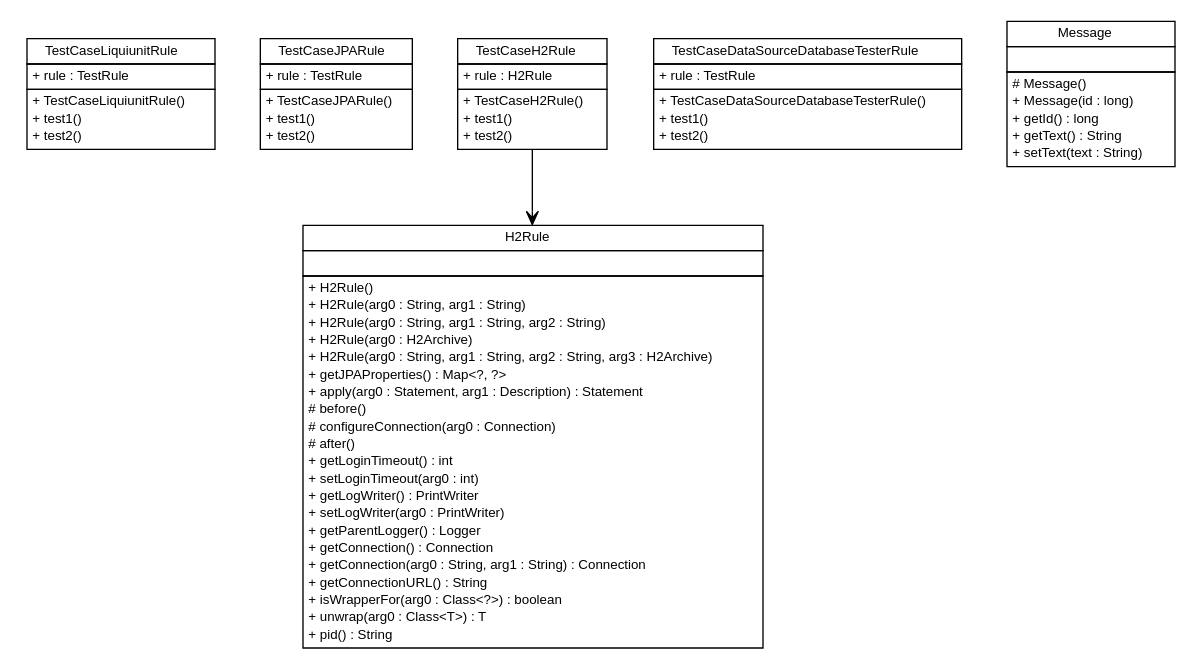
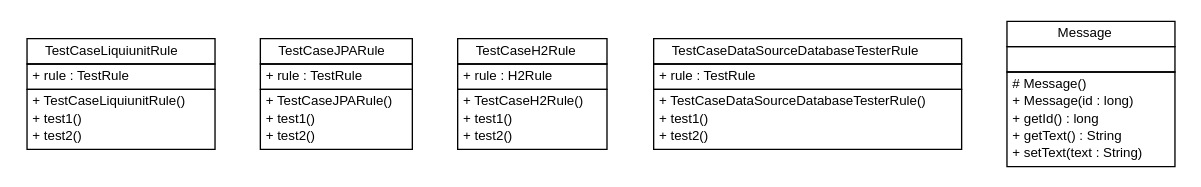
Before and after one commit to ljnelson/liquiunit: the diagram in testapidocs/com/edugility/liquiunit/com.edugility.liquiunit.dot, drawn with Graphviz. The commit also changed 74 other files, not shown here.

```diff
--- a/testapidocs/com/edugility/liquiunit/com.edugility.liquiunit.dot
+++ b/testapidocs/com/edugility/liquiunit/com.edugility.liquiunit.dot
@@ -1,118 +1,84 @@
 #!/usr/local/bin/dot
 #
 # Class diagram 
 # Generated by UMLGraph version R5_6-24-gf6e263 (http://www.umlgraph.org/)
 #
 
 digraph G {
 	edge [fontname="Helvetica",fontsize=10,labelfontname="Helvetica",labelfontsize=10];
 	node [fontname="Helvetica",fontsize=10,shape=plaintext];
 	nodesep=0.25;
 	ranksep=0.5;
 	// com.edugility.liquiunit.TestCaseLiquiunitRule
 	c0 [label=<<table title="com.edugility.liquiunit.TestCaseLiquiunitRule" border="0" cellborder="1" cellspacing="0" cellpadding="2" port="p" href="./TestCaseLiquiunitRule.html">
 		<tr><td><table border="0" cellspacing="0" cellpadding="1">
 <tr><td align="center" balign="center"> TestCaseLiquiunitRule </td></tr>
 		</table></td></tr>
 		<tr><td><table border="0" cellspacing="0" cellpadding="1">
 <tr><td align="left" balign="left"> + rule : TestRule </td></tr>
 		</table></td></tr>
 		<tr><td><table border="0" cellspacing="0" cellpadding="1">
 <tr><td align="left" balign="left"> + TestCaseLiquiunitRule() </td></tr>
 <tr><td align="left" balign="left"> + test1() </td></tr>
 <tr><td align="left" balign="left"> + test2() </td></tr>
 		</table></td></tr>
 		</table>>, URL="./TestCaseLiquiunitRule.html", fontname="Helvetica", fontcolor="black", fontsize=10.0];
 	// com.edugility.liquiunit.TestCaseJPARule
 	c1 [label=<<table title="com.edugility.liquiunit.TestCaseJPARule" border="0" cellborder="1" cellspacing="0" cellpadding="2" port="p" href="./TestCaseJPARule.html">
 		<tr><td><table border="0" cellspacing="0" cellpadding="1">
 <tr><td align="center" balign="center"> TestCaseJPARule </td></tr>
 		</table></td></tr>
 		<tr><td><table border="0" cellspacing="0" cellpadding="1">
 <tr><td align="left" balign="left"> + rule : TestRule </td></tr>
 		</table></td></tr>
 		<tr><td><table border="0" cellspacing="0" cellpadding="1">
 <tr><td align="left" balign="left"> + TestCaseJPARule() </td></tr>
 <tr><td align="left" balign="left"> + test1() </td></tr>
 <tr><td align="left" balign="left"> + test2() </td></tr>
 		</table></td></tr>
 		</table>>, URL="./TestCaseJPARule.html", fontname="Helvetica", fontcolor="black", fontsize=10.0];
 	// com.edugility.liquiunit.TestCaseH2Rule
 	c2 [label=<<table title="com.edugility.liquiunit.TestCaseH2Rule" border="0" cellborder="1" cellspacing="0" cellpadding="2" port="p" href="./TestCaseH2Rule.html">
 		<tr><td><table border="0" cellspacing="0" cellpadding="1">
 <tr><td align="center" balign="center"> TestCaseH2Rule </td></tr>
 		</table></td></tr>
 		<tr><td><table border="0" cellspacing="0" cellpadding="1">
 <tr><td align="left" balign="left"> + rule : H2Rule </td></tr>
 		</table></td></tr>
 		<tr><td><table border="0" cellspacing="0" cellpadding="1">
 <tr><td align="left" balign="left"> + TestCaseH2Rule() </td></tr>
 <tr><td align="left" balign="left"> + test1() </td></tr>
 <tr><td align="left" balign="left"> + test2() </td></tr>
 		</table></td></tr>
 		</table>>, URL="./TestCaseH2Rule.html", fontname="Helvetica", fontcolor="black", fontsize=10.0];
 	// com.edugility.liquiunit.TestCaseDataSourceDatabaseTesterRule
 	c3 [label=<<table title="com.edugility.liquiunit.TestCaseDataSourceDatabaseTesterRule" border="0" cellborder="1" cellspacing="0" cellpadding="2" port="p" href="./TestCaseDataSourceDatabaseTesterRule.html">
 		<tr><td><table border="0" cellspacing="0" cellpadding="1">
 <tr><td align="center" balign="center"> TestCaseDataSourceDatabaseTesterRule </td></tr>
 		</table></td></tr>
 		<tr><td><table border="0" cellspacing="0" cellpadding="1">
 <tr><td align="left" balign="left"> + rule : TestRule </td></tr>
 		</table></td></tr>
 		<tr><td><table border="0" cellspacing="0" cellpadding="1">
 <tr><td align="left" balign="left"> + TestCaseDataSourceDatabaseTesterRule() </td></tr>
 <tr><td align="left" balign="left"> + test1() </td></tr>
 <tr><td align="left" balign="left"> + test2() </td></tr>
 		</table></td></tr>
 		</table>>, URL="./TestCaseDataSourceDatabaseTesterRule.html", fontname="Helvetica", fontcolor="black", fontsize=10.0];
 	// com.edugility.liquiunit.Message
 	c4 [label=<<table title="com.edugility.liquiunit.Message" border="0" cellborder="1" cellspacing="0" cellpadding="2" port="p" href="./Message.html">
 		<tr><td><table border="0" cellspacing="0" cellpadding="1">
 <tr><td align="center" balign="center"> Message </td></tr>
 		</table></td></tr>
 		<tr><td><table border="0" cellspacing="0" cellpadding="1">
 <tr><td align="left" balign="left">  </td></tr>
 		</table></td></tr>
 		<tr><td><table border="0" cellspacing="0" cellpadding="1">
 <tr><td align="left" balign="left"> # Message() </td></tr>
 <tr><td align="left" balign="left"> + Message(id : long) </td></tr>
 <tr><td align="left" balign="left"> + getId() : long </td></tr>
 <tr><td align="left" balign="left"> + getText() : String </td></tr>
 <tr><td align="left" balign="left"> + setText(text : String) </td></tr>
 		</table></td></tr>
 		</table>>, URL="./Message.html", fontname="Helvetica", fontcolor="black", fontsize=10.0];
-	// com.edugility.liquiunit.TestCaseH2Rule NAVASSOC com.edugility.liquiunit.H2Rule
-	c2:p -> c5:p [taillabel="", label="", headlabel="", fontname="Helvetica", fontcolor="black", fontsize=10.0, color="black", arrowhead=open];
-	// com.edugility.liquiunit.H2Rule
-	c5 [label=<<table title="com.edugility.liquiunit.H2Rule" border="0" cellborder="1" cellspacing="0" cellpadding="2" port="p">
-		<tr><td><table border="0" cellspacing="0" cellpadding="1">
-<tr><td align="center" balign="center"> H2Rule </td></tr>
-		</table></td></tr>
-		<tr><td><table border="0" cellspacing="0" cellpadding="1">
-<tr><td align="left" balign="left">  </td></tr>
-		</table></td></tr>
-		<tr><td><table border="0" cellspacing="0" cellpadding="1">
-<tr><td align="left" balign="left"> + H2Rule() </td></tr>
-<tr><td align="left" balign="left"> + H2Rule(arg0 : String, arg1 : String) </td></tr>
-<tr><td align="left" balign="left"> + H2Rule(arg0 : String, arg1 : String, arg2 : String) </td></tr>
-<tr><td align="left" balign="left"> + H2Rule(arg0 : H2Archive) </td></tr>
-<tr><td align="left" balign="left"> + H2Rule(arg0 : String, arg1 : String, arg2 : String, arg3 : H2Archive) </td></tr>
-<tr><td align="left" balign="left"> + getJPAProperties() : Map&lt;?, ?&gt; </td></tr>
-<tr><td align="left" balign="left"> + apply(arg0 : Statement, arg1 : Description) : Statement </td></tr>
-<tr><td align="left" balign="left"> # before() </td></tr>
-<tr><td align="left" balign="left"> # configureConnection(arg0 : Connection) </td></tr>
-<tr><td align="left" balign="left"> # after() </td></tr>
-<tr><td align="left" balign="left"> + getLoginTimeout() : int </td></tr>
-<tr><td align="left" balign="left"> + setLoginTimeout(arg0 : int) </td></tr>
-<tr><td align="left" balign="left"> + getLogWriter() : PrintWriter </td></tr>
-<tr><td align="left" balign="left"> + setLogWriter(arg0 : PrintWriter) </td></tr>
-<tr><td align="left" balign="left"> + getParentLogger() : Logger </td></tr>
-<tr><td align="left" balign="left"> + getConnection() : Connection </td></tr>
-<tr><td align="left" balign="left"> + getConnection(arg0 : String, arg1 : String) : Connection </td></tr>
-<tr><td align="left" balign="left"> + getConnectionURL() : String </td></tr>
-<tr><td align="left" balign="left"> + isWrapperFor(arg0 : Class&lt;?&gt;) : boolean </td></tr>
-<tr><td align="left" balign="left"> + unwrap(arg0 : Class&lt;T&gt;) : T </td></tr>
-<tr><td align="left" balign="left"> + pid() : String </td></tr>
-		</table></td></tr>
-		</table>>, URL="null", fontname="Helvetica", fontcolor="black", fontsize=10.0];
 }
```
